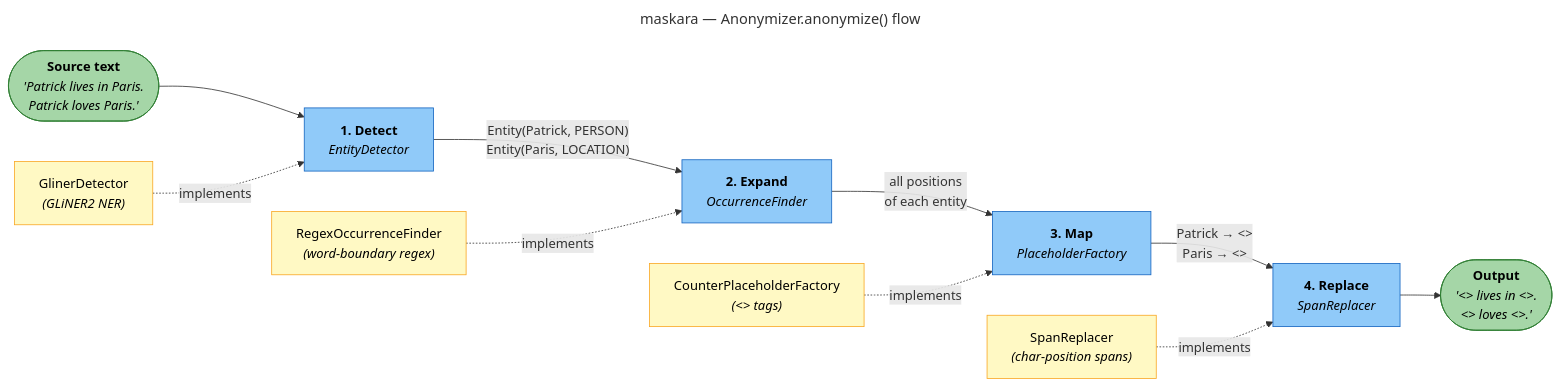
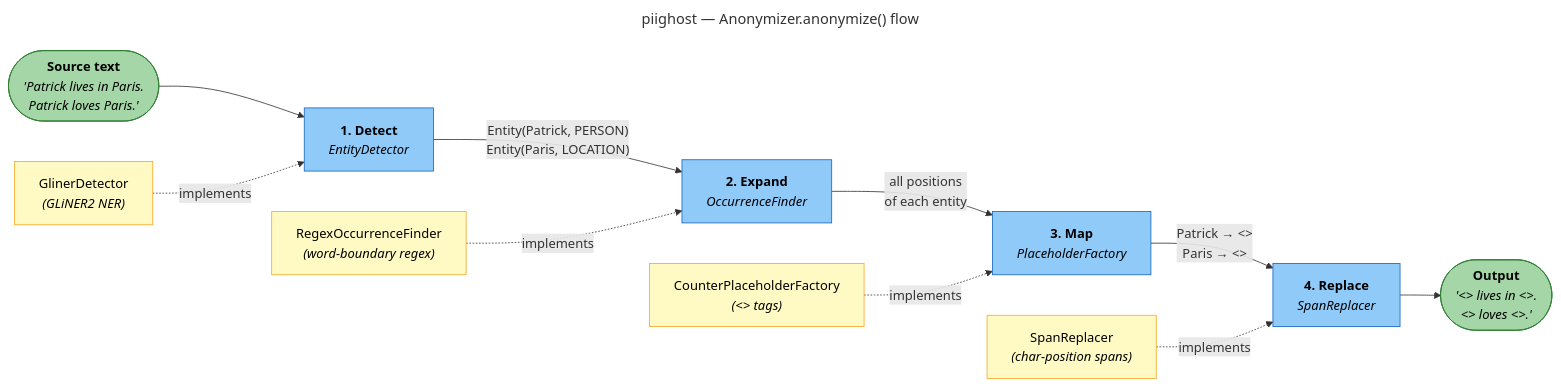
Before and after one commit to Athroniaeth/piighost: the first of 2 diagrams in docs/en/architecture.md, drawn with Mermaid. The commit also changed other lines of this file and 51 other files, not shown here.

Commit message:
refactor: rename project from maskara to piighost

````diff
--- a/docs/en/architecture.md
+++ b/docs/en/architecture.md
@@ -36,49 +36,49 @@
 ```mermaid
 ---
-title: "maskara — Anonymizer.anonymize() flow"
+title: "piighost — Anonymizer.anonymize() flow"
 ---
 flowchart LR
     classDef stage fill:#90CAF9,stroke:#1565C0,color:#000
     classDef protocol fill:#FFF9C4,stroke:#F9A825,color:#000
     classDef data fill:#A5D6A7,stroke:#2E7D32,color:#000
 
     INPUT(["`**Source text**
     _'Patrick lives in Paris.
     Patrick loves Paris.'_`"]):::data
 
     DETECT["`**1. Detect**
     _EntityDetector_`"]:::stage
     EXPAND["`**2. Expand**
     _OccurrenceFinder_`"]:::stage
     MAP["`**3. Map**
     _PlaceholderFactory_`"]:::stage
     REPLACE["`**4. Replace**
     _SpanReplacer_`"]:::stage
 
     OUTPUT(["`**Output**
     _'<<PERSON_1>> lives in <<LOCATION_1>>.
     <<PERSON_1>> loves <<LOCATION_1>>.'_`"]):::data
 
     INPUT --> DETECT
     DETECT -- "Entity(Patrick, PERSON)
     Entity(Paris, LOCATION)" --> EXPAND
     EXPAND -- "all positions
     of each entity" --> MAP
     MAP -- "Patrick → <<PERSON_1>>
     Paris → <<LOCATION_1>>" --> REPLACE
     REPLACE --> OUTPUT
 
     P_DETECT["`GlinerDetector
     _(GLiNER2 NER)_`"]:::protocol
     P_EXPAND["`RegexOccurrenceFinder
     _(word-boundary regex)_`"]:::protocol
     P_MAP["`CounterPlaceholderFactory
     _(<<LABEL_N>> tags)_`"]:::protocol
     P_REPLACE["`SpanReplacer
     _(char-position spans)_`"]:::protocol
 
     P_DETECT -. "implements" .-> DETECT
     P_EXPAND -. "implements" .-> EXPAND
     P_MAP -. "implements" .-> MAP
     P_REPLACE -. "implements" .-> REPLACE
 ```
````
